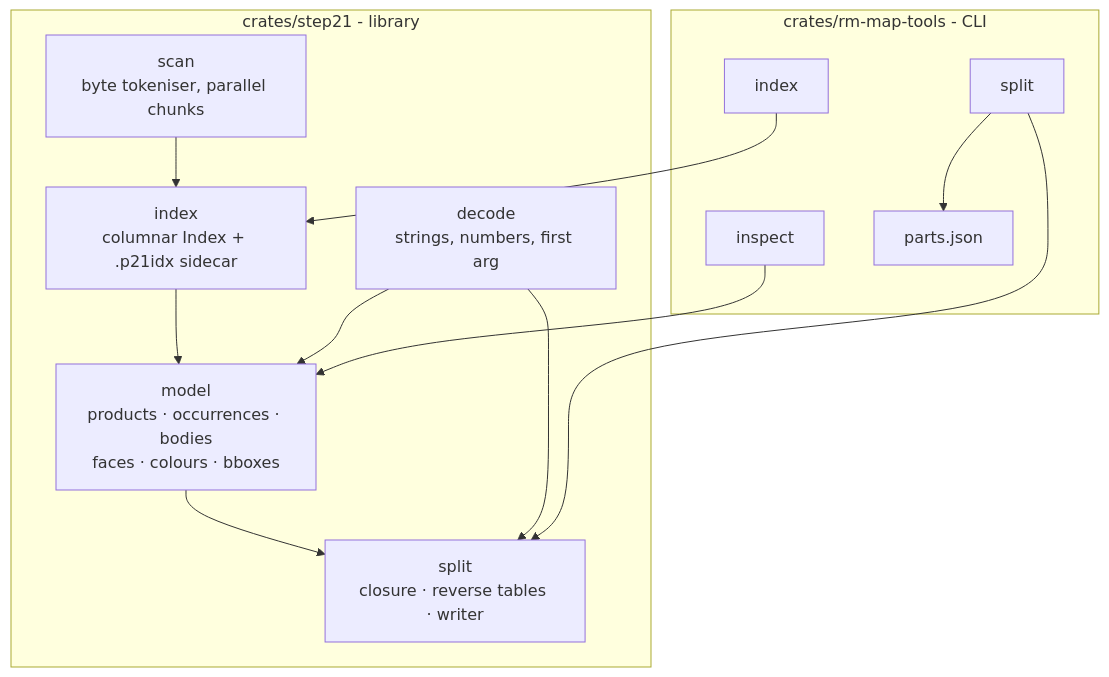
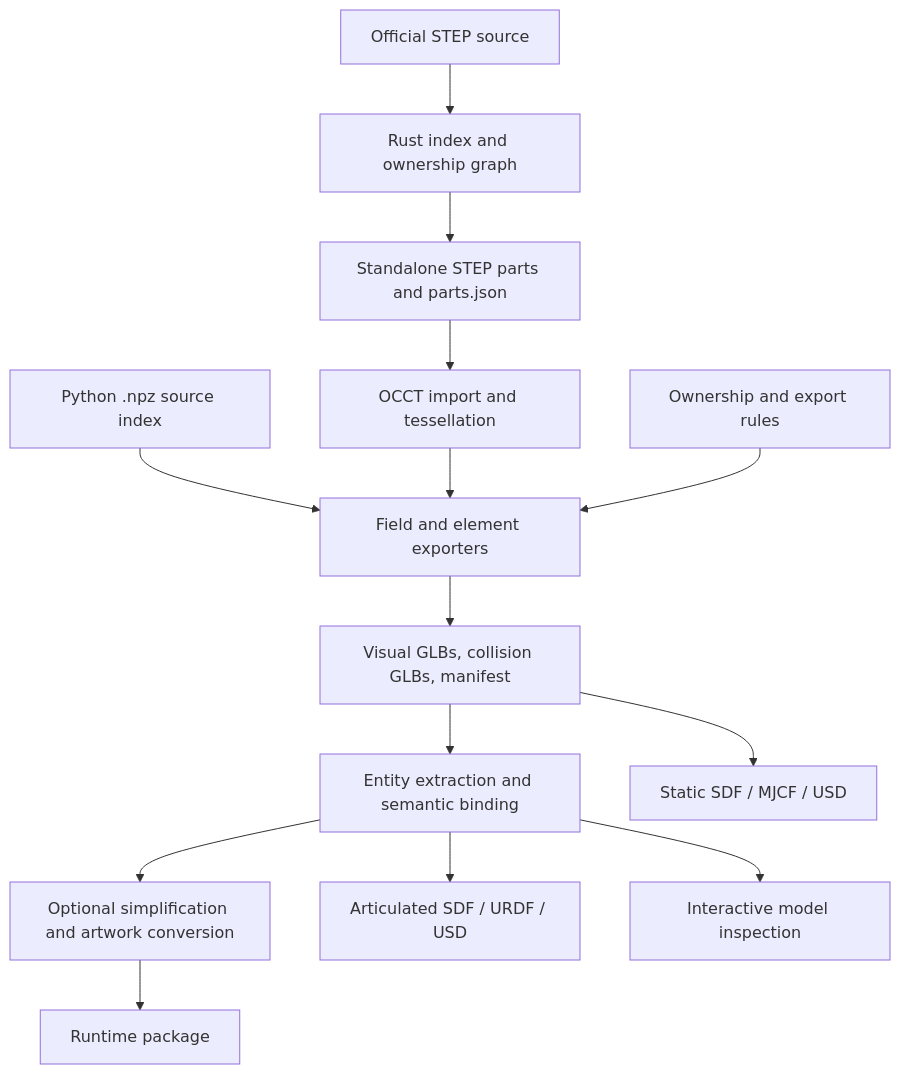
The diagram in docs/architecture.md (hxyulin/rm-map-tools), drawn with Mermaid before and after one commit. The commit also changed other lines of this file and 111 other files, not shown here.

````diff
--- a/docs/architecture.md
+++ b/docs/architecture.md
@@ -21,19 +9,16 @@
 ```mermaid
-flowchart TB
-    subgraph step21 [crates/step21 - library]
-        scan[scan<br/>byte tokeniser, parallel chunks]
-        index[index<br/>columnar Index + .p21idx sidecar]
-        decode[decode<br/>strings, numbers, first arg]
-        model[model<br/>products · occurrences · bodies<br/>faces · colours · bboxes]
-        split[split<br/>closure · reverse tables · writer]
-        scan --> index --> model --> split
-        decode --> model
-        decode --> split
-    end
-    subgraph cli [crates/rm-map-tools - CLI]
-        idx[index] --> index
-        insp[inspect] --> model
-        sp[split] --> split
-        sp --> manifest[parts.json]
-    end
+flowchart TD
+    STEP[Official STEP source] --> INDEX[Rust index and ownership graph]
+    INDEX --> SPLIT[Standalone STEP parts and parts.json]
+    SPLIT --> OCCT[OCCT import and tessellation]
+    NPZ[Python .npz source index] --> EXPORT[Field and element exporters]
+    OCCT --> EXPORT
+    RULES[Ownership and export rules] --> EXPORT
+    EXPORT --> PKG[Visual GLBs, collision GLBs, manifest]
+    PKG --> BIND[Entity extraction and semantic binding]
+    BIND --> REDUCE[Optional simplification and artwork conversion]
+    REDUCE --> RUNTIME[Runtime package]
+    PKG --> STATIC[Static SDF / MJCF / USD]
+    BIND --> JOINTS[Articulated SDF / URDF / USD]
+    BIND --> PREVIEW[Interactive model inspection]
 ```
````
